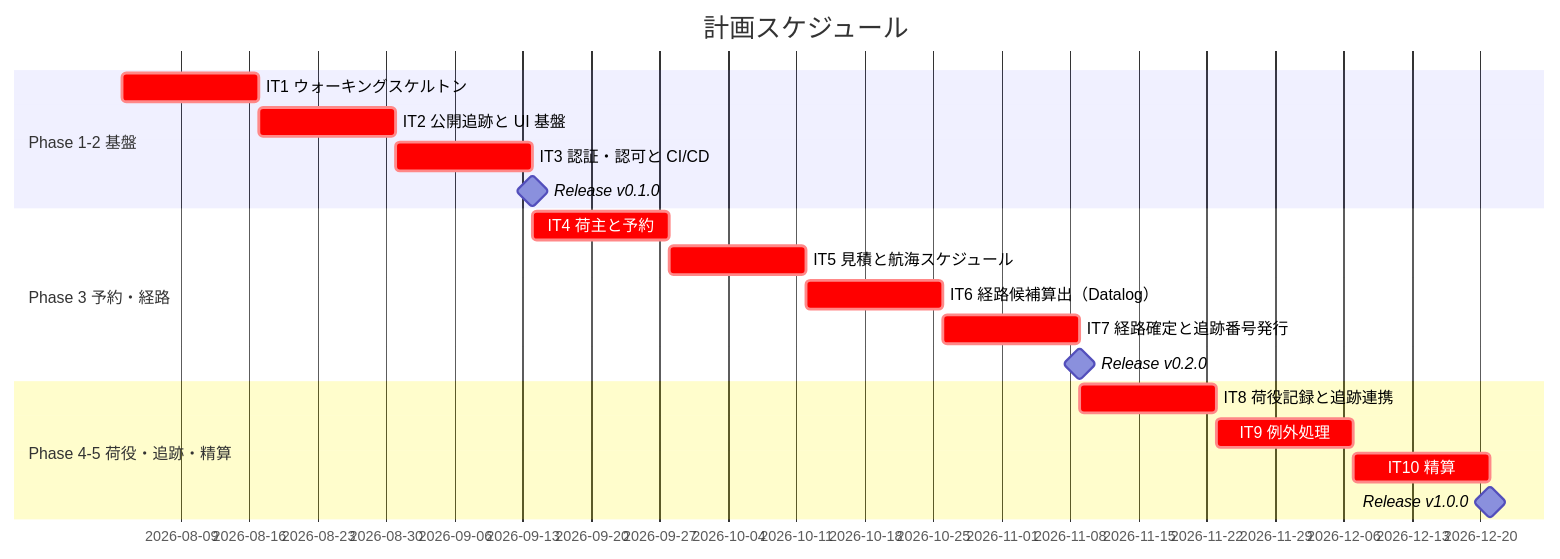
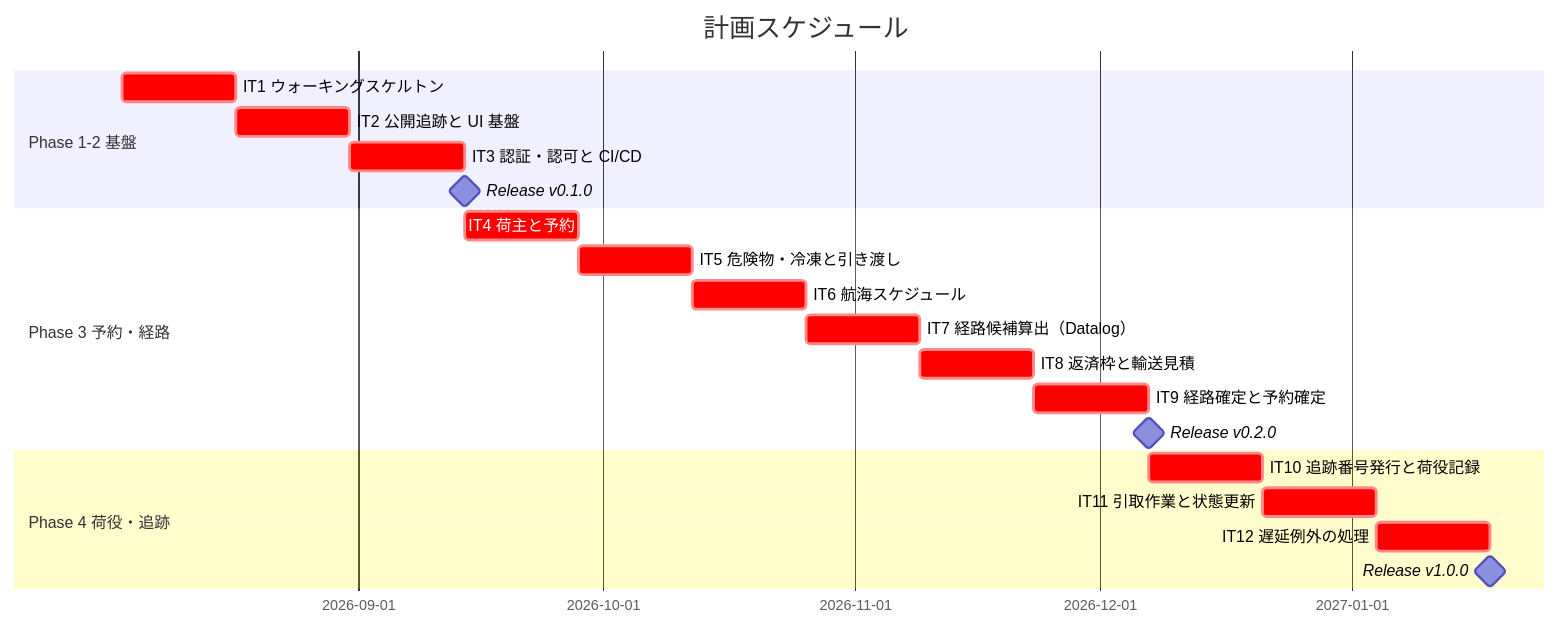
The first of 3 diagrams in docs/development/release_plan.md (k2works/case-study-cargo-tracker), drawn with Mermaid before and after one commit. The commit also changed other lines of this file and 5 other files, not shown here.

````diff
--- a/docs/development/release_plan.md
+++ b/docs/development/release_plan.md
@@ -200,21 +200,23 @@
 ```mermaid
 gantt
     title 計画スケジュール
     dateFormat  YYYY-MM-DD
     section Phase 1-2 基盤
     IT1 ウォーキングスケルトン      :crit, p1-1, 2026-08-03, 14d
     IT2 公開追跡と UI 基盤          :crit, p1-2, after p1-1, 14d
     IT3 認証・認可と CI/CD          :crit, p2-1, after p1-2, 14d
     Release v0.1.0                  :milestone, m1, after p2-1, 0d
     section Phase 3 予約・経路
     IT4 荷主と予約                  :crit, p3-1, after p2-1, 14d
-    IT5 見積と航海スケジュール      :crit, p3-2, after p3-1, 14d
-    IT6 経路候補算出（Datalog）     :crit, p3-3, after p3-2, 14d
-    IT7 経路確定と追跡番号発行      :crit, p3-4, after p3-3, 14d
-    Release v0.2.0                  :milestone, m2, after p3-4, 0d
-    section Phase 4-5 荷役・追跡・精算
-    IT8 荷役記録と追跡連携          :crit, p4-1, after p3-4, 14d
-    IT9 例外処理                    :crit, p4-2, after p4-1, 14d
-    IT10 精算                       :crit, p5-1, after p4-2, 14d
-    Release v1.0.0                  :milestone, m3, after p5-1, 0d
+    IT5 危険物・冷凍と引き渡し      :crit, p3-2, after p3-1, 14d
+    IT6 航海スケジュール            :crit, p3-3, after p3-2, 14d
+    IT7 経路候補算出（Datalog）     :crit, p3-4, after p3-3, 14d
+    IT8 返済枠と輸送見積            :crit, p3-5, after p3-4, 14d
+    IT9 経路確定と予約確定          :crit, p3-6, after p3-5, 14d
+    Release v0.2.0                  :milestone, m2, after p3-6, 0d
+    section Phase 4 荷役・追跡
+    IT10 追跡番号発行と荷役記録     :crit, p4-1, after p3-6, 14d
+    IT11 引取作業と状態更新         :crit, p4-2, after p4-1, 14d
+    IT12 遅延例外の処理             :crit, p4-3, after p4-2, 14d
+    Release v1.0.0                  :milestone, m3, after p4-3, 0d
 ```
````
